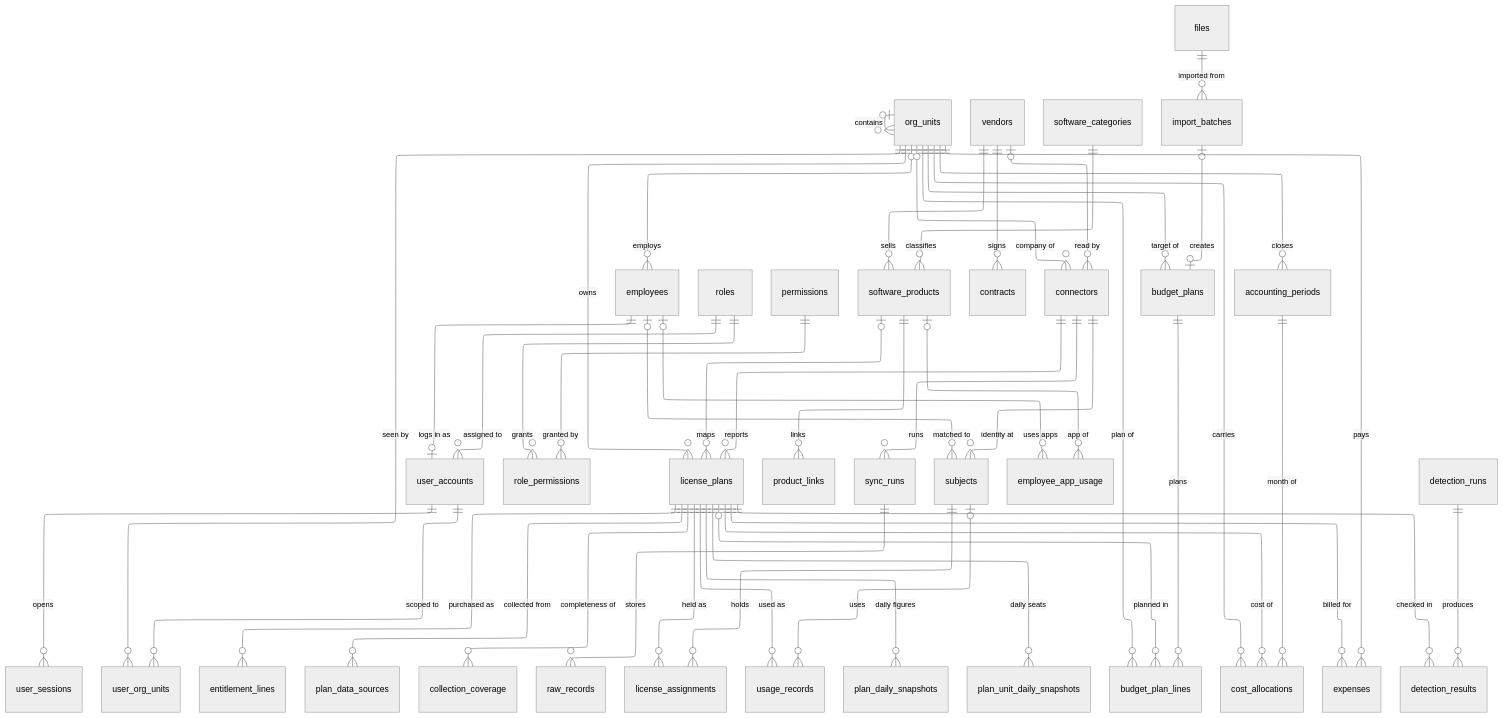
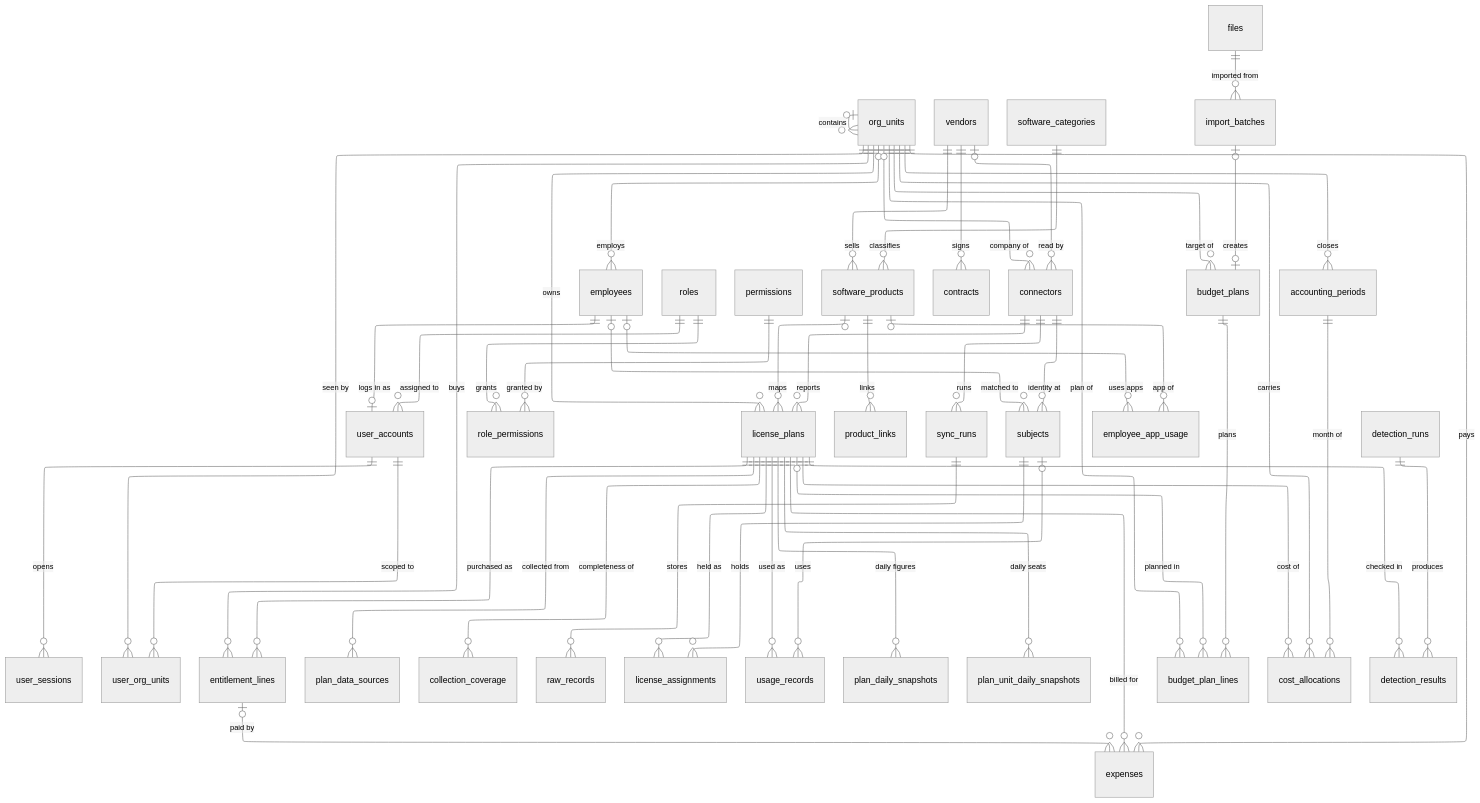
Before and after one commit to cuonglpv/VFast: the diagram in docs/database/diagrams/erd_overview.mmd, drawn with Mermaid (neutral theme). The commit also changed 31 other files, not shown here.

```diff
--- a/docs/database/diagrams/erd_overview.mmd
+++ b/docs/database/diagrams/erd_overview.mmd
@@ -1,55 +1,57 @@
 ---
 config:
   layout: elk
   elk:
     mergeEdges: false
     nodePlacementStrategy: NETWORK_SIMPLEX
 ---
 erDiagram
     org_units |o--o{ org_units : "contains"
     org_units |o--o{ employees : "employs"
     employees ||--o| user_accounts : "logs in as"
     roles ||--o{ user_accounts : "assigned to"
     roles ||--o{ role_permissions : grants
     permissions ||--o{ role_permissions : "granted by"
     user_accounts ||--o{ user_sessions : opens
     user_accounts ||--o{ user_org_units : "scoped to"
     org_units ||--o{ user_org_units : "seen by"
     vendors ||--o{ software_products : sells
     vendors ||--o{ contracts : signs
     software_categories ||--o{ software_products : classifies
     software_products |o--o{ license_plans : "maps"
     software_products ||--o{ product_links : links
     org_units ||--o{ license_plans : owns
     license_plans ||--o{ entitlement_lines : "purchased as"
+    org_units ||--o{ entitlement_lines : buys
     vendors |o--o{ connectors : "read by"
     org_units |o--o{ connectors : "company of"
     connectors ||--o{ license_plans : reports
     connectors ||--o{ sync_runs : runs
     license_plans ||--o{ plan_data_sources : "collected from"
     license_plans ||--o{ collection_coverage : "completeness of"
     sync_runs ||--o{ raw_records : stores
     files ||--o{ import_batches : "imported from"
     connectors ||--o{ subjects : "identity at"
     employees |o--o{ subjects : "matched to"
     license_plans ||--o{ license_assignments : "held as"
     subjects ||--o{ license_assignments : holds
     license_plans ||--o{ usage_records : "used as"
     subjects |o--o{ usage_records : uses
     license_plans ||--o{ plan_daily_snapshots : "daily figures"
     license_plans ||--o{ plan_unit_daily_snapshots : "daily seats"
     employees |o--o{ employee_app_usage : "uses apps"
     software_products |o--o{ employee_app_usage : "app of"
     org_units ||--o{ budget_plans : "target of"
     import_batches |o--o| budget_plans : creates
     budget_plans ||--o{ budget_plan_lines : plans
     license_plans |o--o{ budget_plan_lines : "planned in"
     org_units ||--o{ budget_plan_lines : "plan of"
     accounting_periods ||--o{ cost_allocations : "month of"
     license_plans ||--o{ cost_allocations : "cost of"
     org_units ||--o{ cost_allocations : carries
     license_plans ||--o{ expenses : "billed for"
+    entitlement_lines |o--o{ expenses : "paid by"
     org_units ||--o{ expenses : pays
     org_units ||--o{ accounting_periods : closes
     detection_runs ||--o{ detection_results : produces
     license_plans ||--o{ detection_results : "checked in"
```
